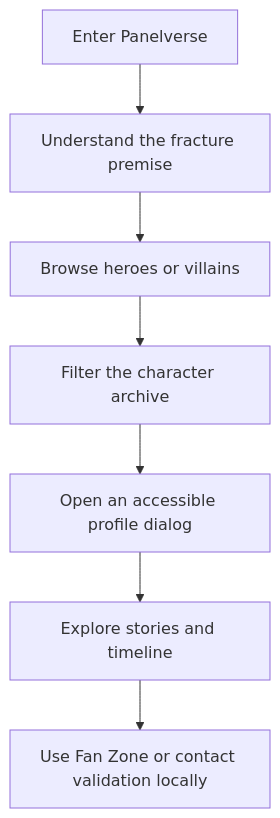
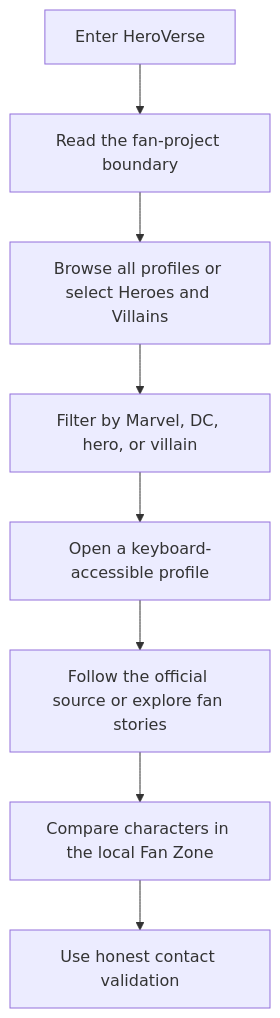
One commit to mim242-40-002-dot/prompt-and-pixel-ai changed the diagram in docs/user-flow.md. Above: the diagram before and after it, drawn with Mermaid. The commit also changed other lines of this file and 42 other files, not shown here.

Commit message:
Rebuild Website 06 as HeroVerse Fan Archive

````diff
--- a/docs/user-flow.md
+++ b/docs/user-flow.md
@@ -3,11 +3,13 @@
 ```mermaid
 flowchart TD
-    A[Enter Panelverse]
-    B[Understand the fracture premise]
-    C[Browse heroes or villains]
-    D[Filter the character archive]
-    E[Open an accessible profile dialog]
-    F[Explore stories and timeline]
-    G[Use Fan Zone or contact validation locally]
-    A --> B --> C --> D --> E --> F --> G
+    A[Enter HeroVerse]
+    B[Read the fan-project boundary]
+    C[Browse all profiles or select Heroes and Villains]
+    D[Filter by Marvel, DC, hero, or villain]
+    E[Open a keyboard-accessible profile]
+    F[Follow the official source or explore fan stories]
+    G[Compare characters in the local Fan Zone]
+    H[Use honest contact validation]
+    A --> B --> C --> D --> E
+    E --> F --> G --> H
 ```
````
